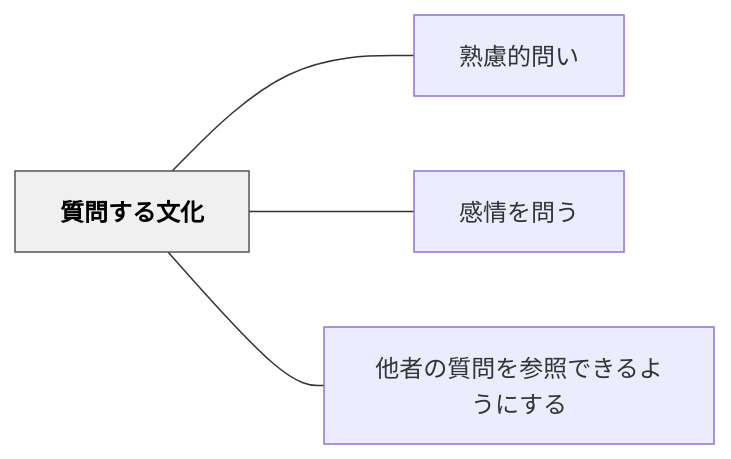
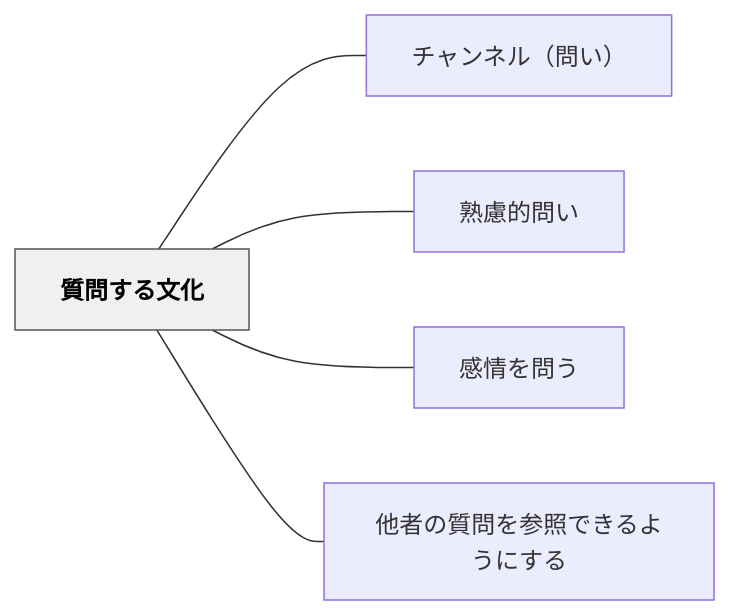
The diagram in content/パタン/質問する文化.md (unknownthings-ed-patterns/unknownthings-ed-patterns), drawn with Mermaid before and after one commit. The commit also changed other lines of this file and 473 other files, not shown here.

````diff
--- a/content/パタン/質問する文化.md
+++ b/content/パタン/質問する文化.md
@@ -40,14 +41,16 @@
 ```mermaid
 flowchart LR
     ne8b3aae5958f["質問する文化"]
+    ne38381e383a3["チャンネル（問い）"]
     ne7869fe685ae["熟慮的問い"]
     ne6849fe68385["感情を問う"]
     ne4bb96e88085["他者の質問を参照できるようにする"]
 
+    ne8b3aae5958f --- ne38381e383a3
     ne8b3aae5958f --- ne7869fe685ae
     ne8b3aae5958f --- ne6849fe68385
     ne8b3aae5958f --- ne4bb96e88085
 
     classDef hub fill:#f0f0f0,stroke:#555,color:#000,font-weight:bold
     class ne8b3aae5958f hub
 ```
````
